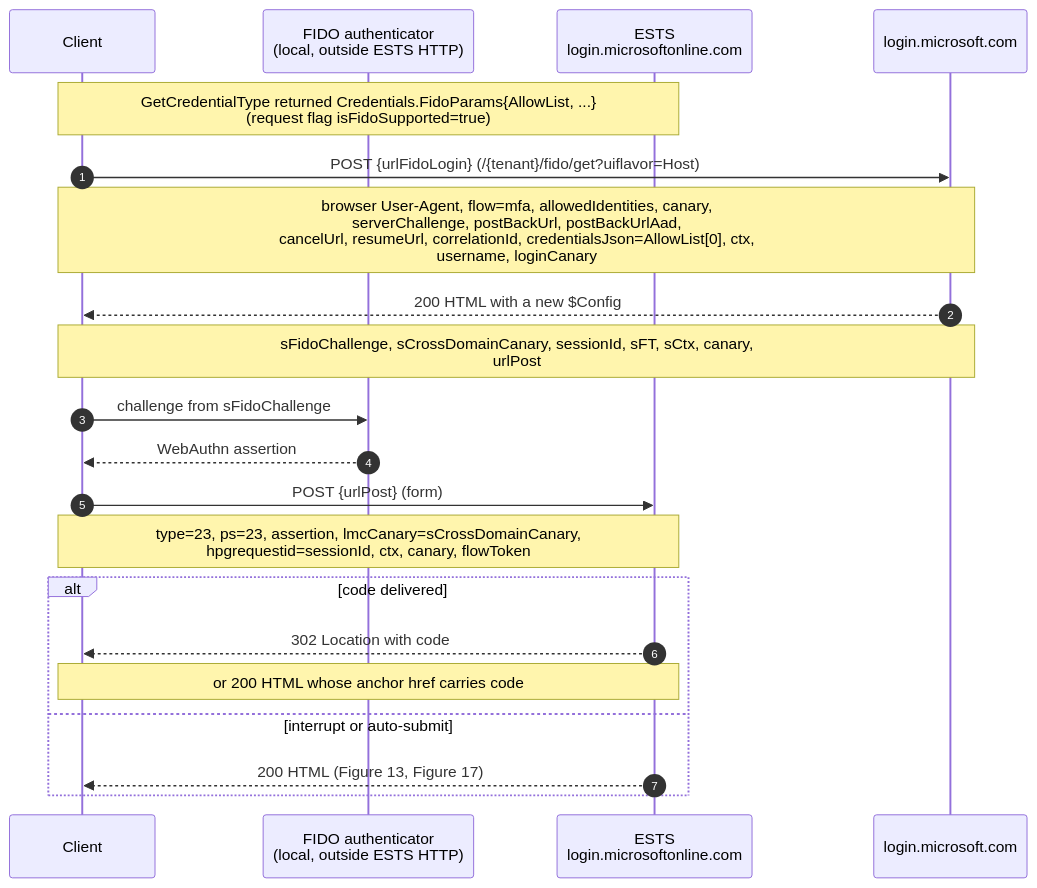
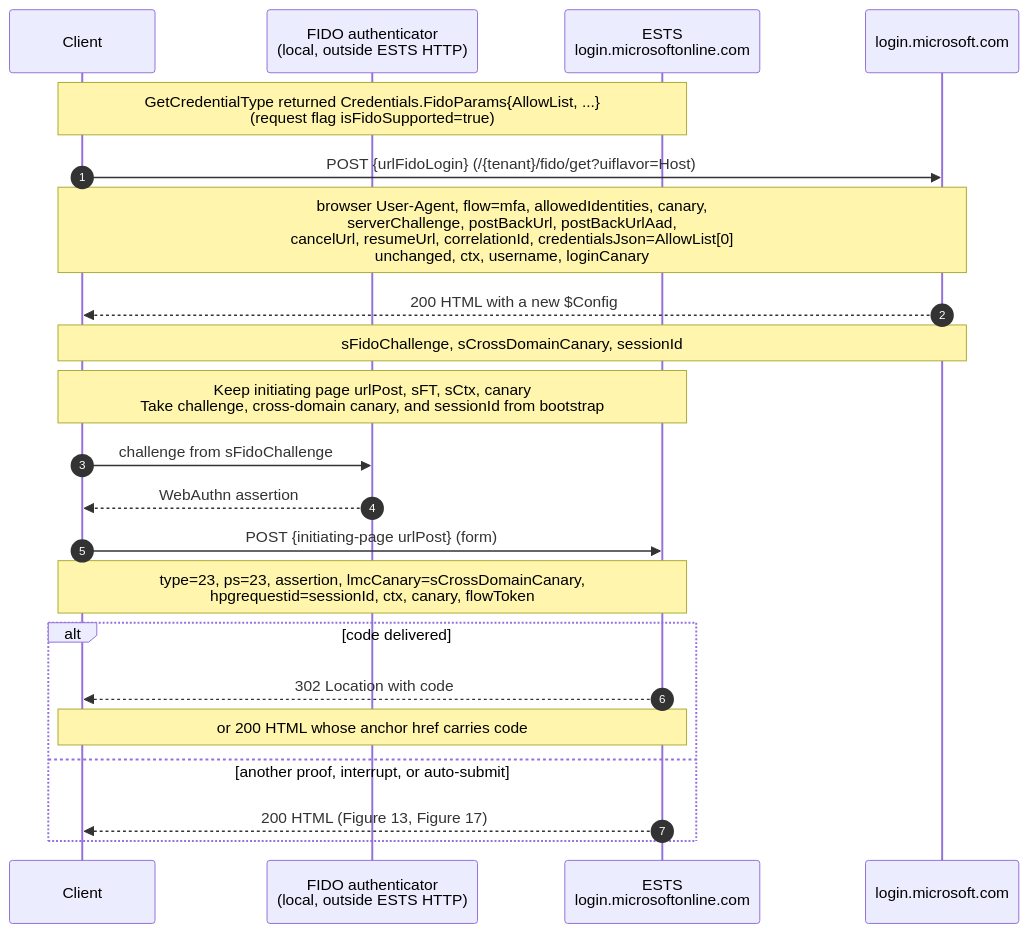
Before and after one commit to himmelblau-idm/ests_spec: the diagram in figures/src/fig-07-fido-passwordless.mmd, drawn with Mermaid. The commit also changed 29 other files, not shown here.

```diff
--- a/figures/src/fig-07-fido-passwordless.mmd
+++ b/figures/src/fig-07-fido-passwordless.mmd
@@ -1,21 +1,22 @@
 sequenceDiagram
   autonumber
   participant C as Client
   participant K as FIDO authenticator<br/>(local, outside ESTS HTTP)
   participant E as ESTS<br/>login.microsoftonline.com
   participant EF as login.microsoft.com
   Note over C,E: GetCredentialType returned Credentials.FidoParams{AllowList, ...}<br/>(request flag isFidoSupported=true)
   C->>EF: POST {urlFidoLogin} (/{tenant}/fido/get?uiflavor=Host)
-  Note over C,EF: browser User-Agent, flow=mfa, allowedIdentities, canary,<br/>serverChallenge, postBackUrl, postBackUrlAad,<br/>cancelUrl, resumeUrl, correlationId, credentialsJson=AllowList[0], ctx,<br/>username, loginCanary
+  Note over C,EF: browser User-Agent, flow=mfa, allowedIdentities, canary,<br/>serverChallenge, postBackUrl, postBackUrlAad,<br/>cancelUrl, resumeUrl, correlationId, credentialsJson=AllowList[0]<br/>unchanged, ctx, username, loginCanary
   EF-->>C: 200 HTML with a new $Config
-  Note over EF,C: sFidoChallenge, sCrossDomainCanary, sessionId, sFT, sCtx, canary,<br/>urlPost
+  Note over EF,C: sFidoChallenge, sCrossDomainCanary, sessionId
+  Note over C,E: Keep initiating page urlPost, sFT, sCtx, canary<br/>Take challenge, cross-domain canary, and sessionId from bootstrap
   C->>K: challenge from sFidoChallenge
   K-->>C: WebAuthn assertion
-  C->>E: POST {urlPost} (form)
+  C->>E: POST {initiating-page urlPost} (form)
   Note over C,E: type=23, ps=23, assertion, lmcCanary=sCrossDomainCanary,<br/>hpgrequestid=sessionId, ctx, canary, flowToken
   alt code delivered
     E-->>C: 302 Location with code
     Note over E,C: or 200 HTML whose anchor href carries code
-  else interrupt or auto-submit
+  else another proof, interrupt, or auto-submit
     E-->>C: 200 HTML (Figure 13, Figure 17)
   end
```
